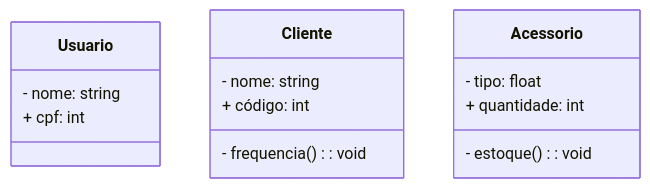
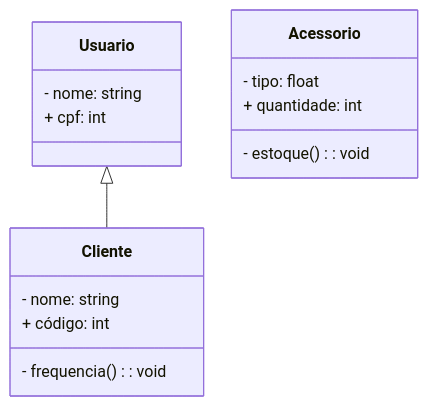
Before and after one commit to helenabuery/poojavaceub-grupo1: the diagram in gabriellalmendes.md, drawn with Mermaid.

````diff
--- a/gabriellalmendes.md
+++ b/gabriellalmendes.md
@@ -1,20 +1,22 @@
 ```mermaid
 classDiagram
   class Usuario {
   - nome: string
   + cpf: int
 }
 
   class Cliente {
   - nome: string
   + código: int
   - frequencia(): void
 }
 
   class Acessorio {
   - tipo: float
   + quantidade: int
   - estoque(): void
 }
 
+Usuario <|-- Cliente
+
 ```
````
